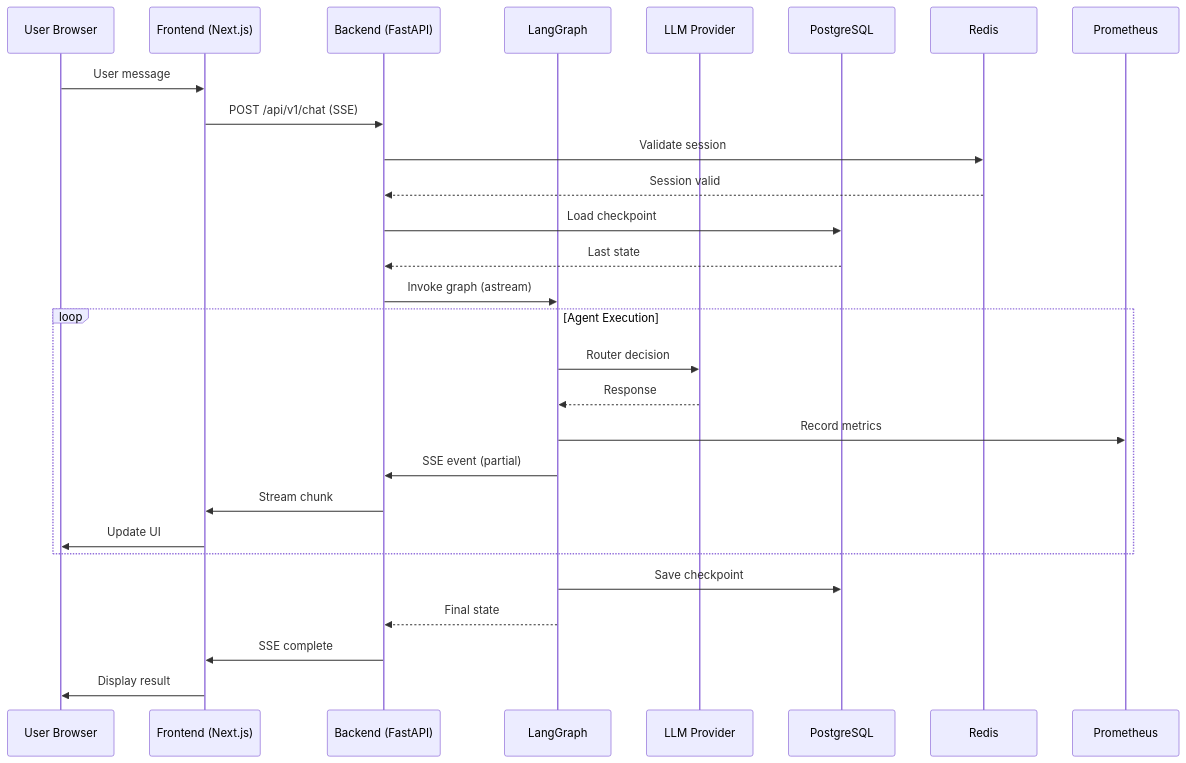
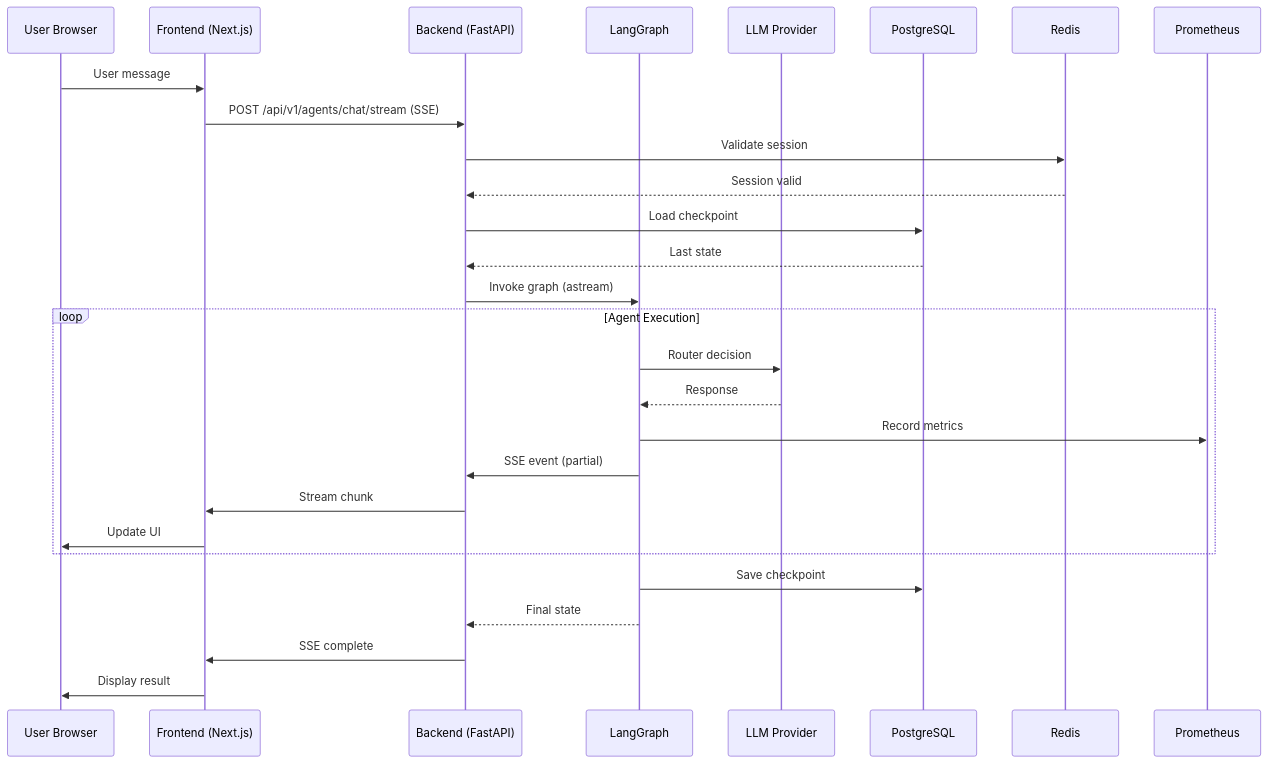
The diagram in docs/ARCHITECTURE.md (jgouviergmail/LIA-Assistant), drawn with Mermaid before and after one commit. The commit also changed other lines of this file and 90 other files, not shown here.

````diff
--- a/docs/ARCHITECTURE.md
+++ b/docs/ARCHITECTURE.md
@@ -205,33 +205,33 @@
 ```mermaid
 sequenceDiagram
     participant U as User Browser
     participant F as Frontend (Next.js)
     participant B as Backend (FastAPI)
     participant LG as LangGraph
     participant LLM as LLM Provider
     participant DB as PostgreSQL
     participant R as Redis
     participant P as Prometheus
 
     U->>F: User message
-    F->>B: POST /api/v1/chat (SSE)
+    F->>B: POST /api/v1/agents/chat/stream (SSE)
     B->>R: Validate session
     R-->>B: Session valid
     B->>DB: Load checkpoint
     DB-->>B: Last state
     B->>LG: Invoke graph (astream)
 
     loop Agent Execution
         LG->>LLM: Router decision
         LLM-->>LG: Response
         LG->>P: Record metrics
         LG->>B: SSE event (partial)
         B->>F: Stream chunk
         F->>U: Update UI
     end
 
     LG->>DB: Save checkpoint
     LG-->>B: Final state
     B->>F: SSE complete
     F->>U: Display result
 ```
````
